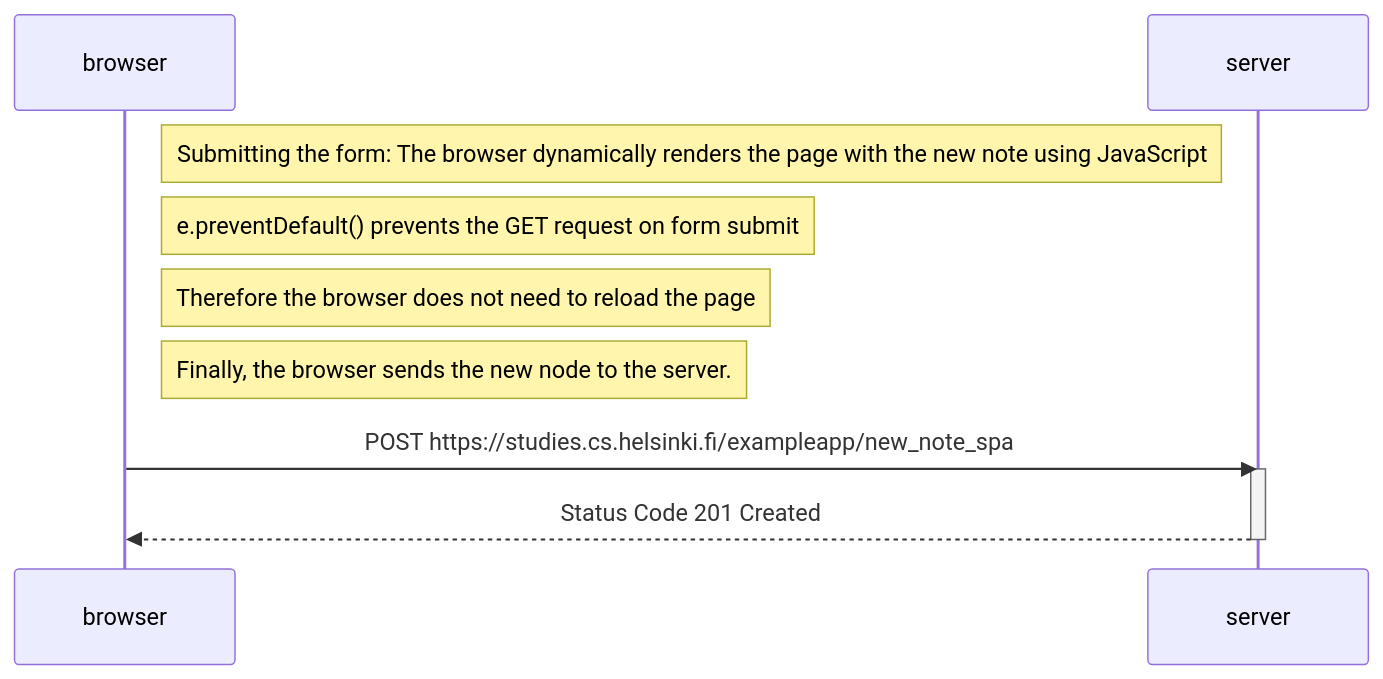
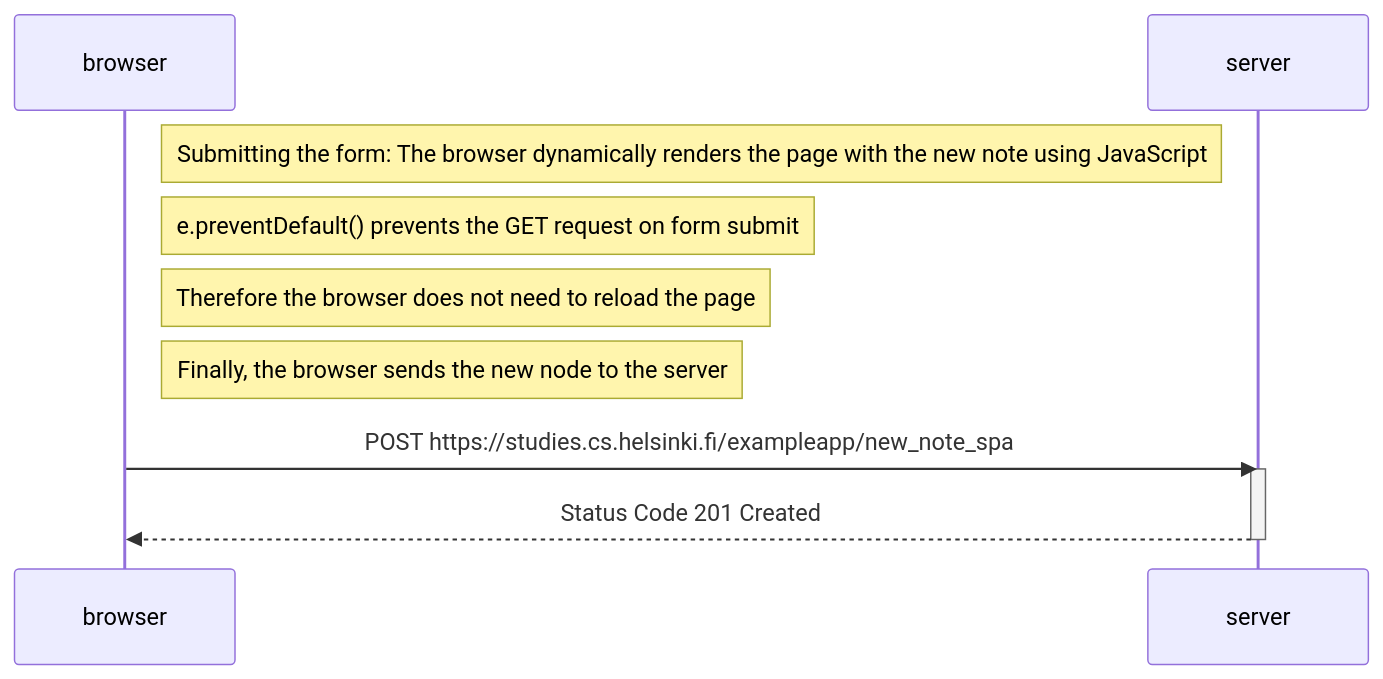
The diagram in part0/0.6 - New note in Single page app diagram.MD (ASCAlex/Full-Stack-open), drawn with Mermaid before and after one commit.

Commit message:
0.6 - small change

````diff
--- a/part0/0.6 - New note in Single page app diagram.MD
+++ b/part0/0.6 - New note in Single page app diagram.MD
@@ -3,15 +3,15 @@
 ```mermaid
 sequenceDiagram
     participant browser
     participant server
 
     Note right of browser: Submitting the form: The browser dynamically renders the page with the new note using JavaScript
     Note right of browser: e.preventDefault() prevents the GET request on form submit
     Note right of browser: Therefore the browser does not need to reload the page
-    Note right of browser: Finally, the browser sends the new node to the server.
+    Note right of browser: Finally, the browser sends the new node to the server
 
     browser->>server: POST https://studies.cs.helsinki.fi/exampleapp/new_note_spa
     activate server
     server-->>browser: Status Code 201 Created
     deactivate server
 ```
````
